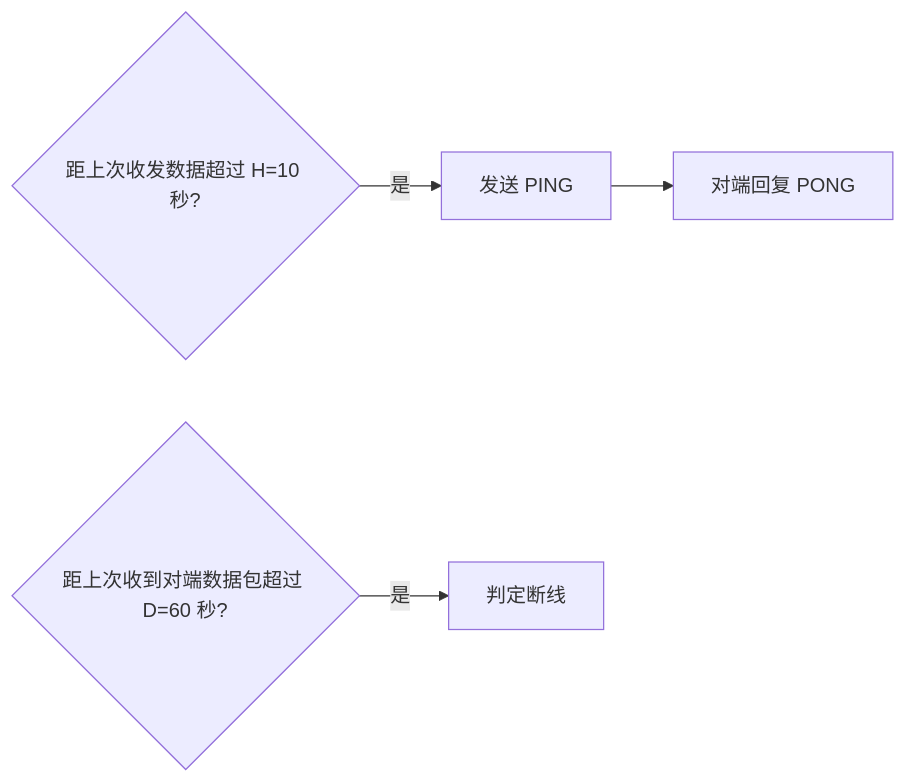
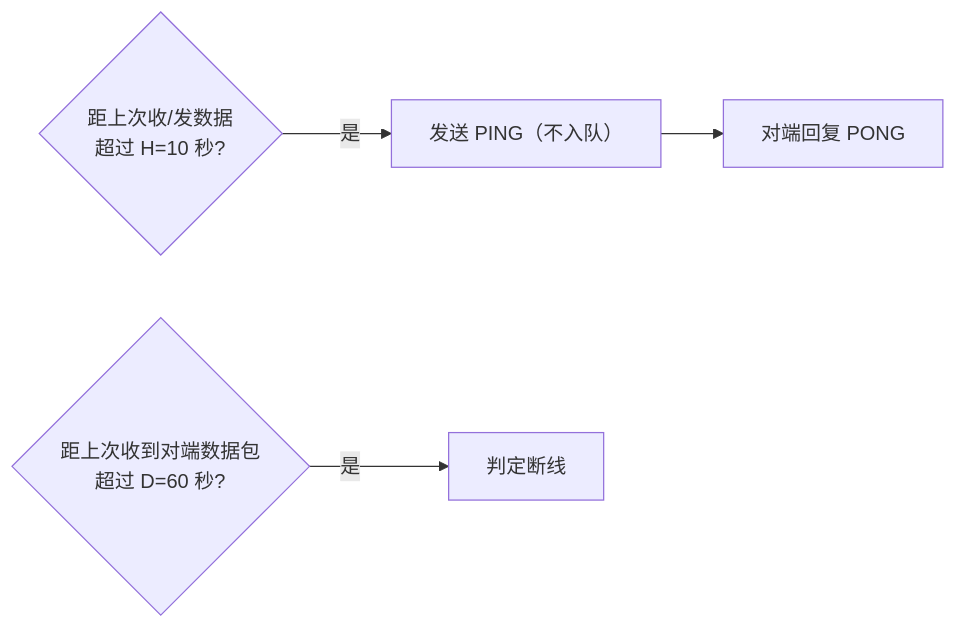
The second of 2 diagrams in docs/client.md (moky/magpie), drawn with Mermaid before and after one commit. The commit also changed other lines of this file and 9 other files, not shown here.

````diff
--- a/docs/client.md
+++ b/docs/client.md
@@ -113,6 +133,6 @@
 ```mermaid
 flowchart LR
-    N{"距上次收发数据超过 H=10 秒?"} -->|"是"| P["发送 PING"]
+    N{"距上次收/发数据<br/>超过 H=10 秒?"} -->|"是"| P["发送 PING（不入队）"]
     P --> Q["对端回复 PONG"]
-    O{"距上次收到对端数据包超过 D=60 秒?"} -->|"是"| Down["判定断线"]
+    O{"距上次收到对端数据包<br/>超过 D=60 秒?"} -->|"是"| Down["判定断线"]
 ```
````
